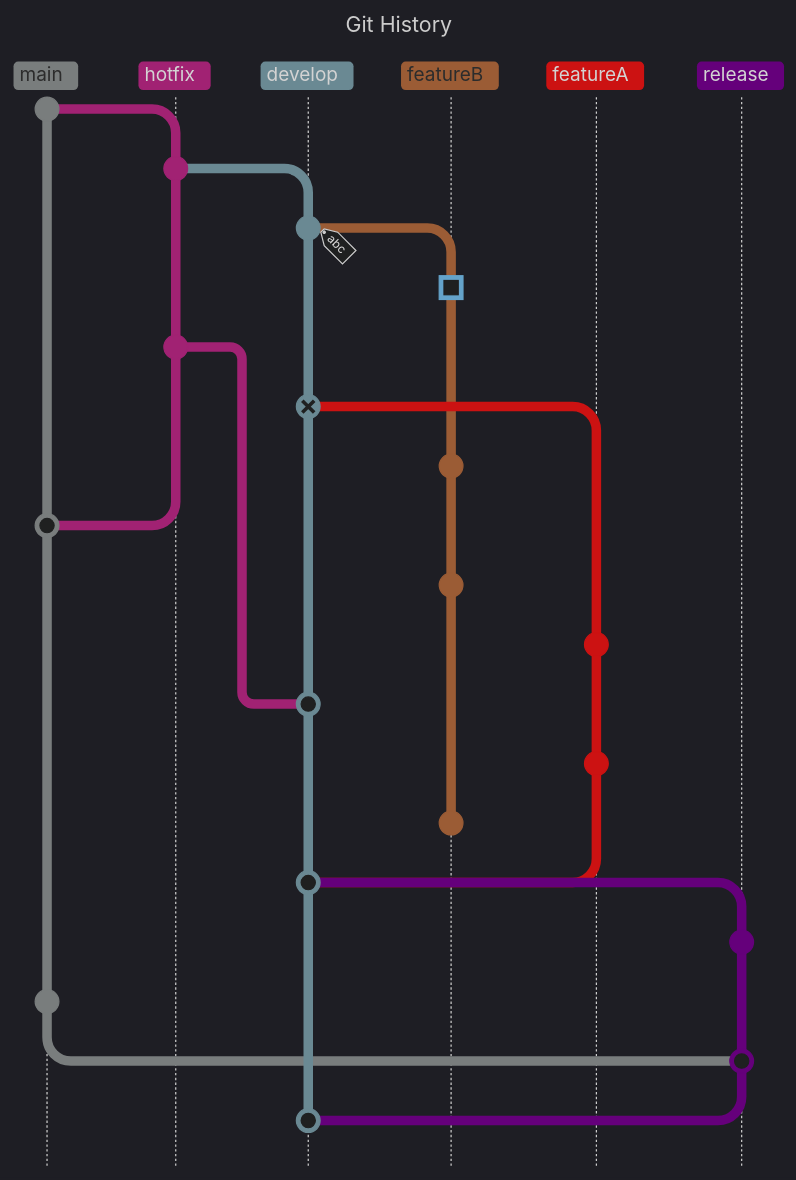
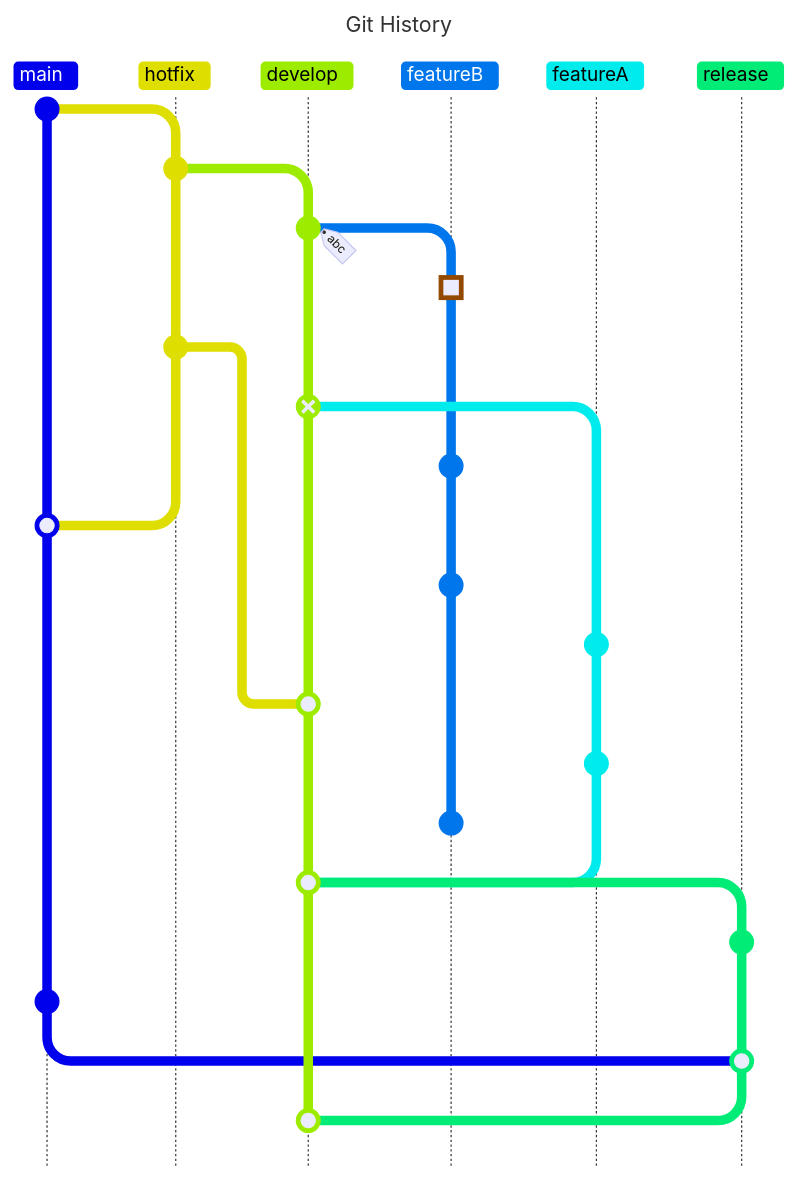
One commit to tramaine-codes/visualization-playground changed the fourth of 5 diagrams in src/mermaid/markdown/diagrams.template.md. Above: the diagram before and after it, drawn with Mermaid. The commit also changed 3 other files, not shown here. Commit ids are hidden.

````diff
--- a/src/mermaid/markdown/diagrams.template.md
+++ b/src/mermaid/markdown/diagrams.template.md
@@ -59,48 +59,47 @@
 ```mermaid
 ---
 title: Git History
 ---
-%%{init: { 'logLevel': 'debug', 'theme': 'dark' } }%%
 gitGraph TB:
   commit
   branch hotfix
   checkout hotfix
   commit
   branch develop
   checkout develop
   commit id:"ash" tag:"abc"
   branch featureB
   checkout featureB
   commit type:HIGHLIGHT
   checkout main
   checkout hotfix
   commit type:NORMAL
   checkout develop
   commit type:REVERSE
   checkout featureB
   commit
   checkout main
   merge hotfix
   checkout featureB
   commit
   checkout develop
   branch featureA
   commit
   checkout develop
   merge hotfix
   checkout featureA
   commit
   checkout featureB
   commit
   checkout develop
   merge featureA
   branch release
   checkout release
   commit
   checkout main
   commit
   checkout release
   merge main
   checkout develop
   merge release
 ```
````
